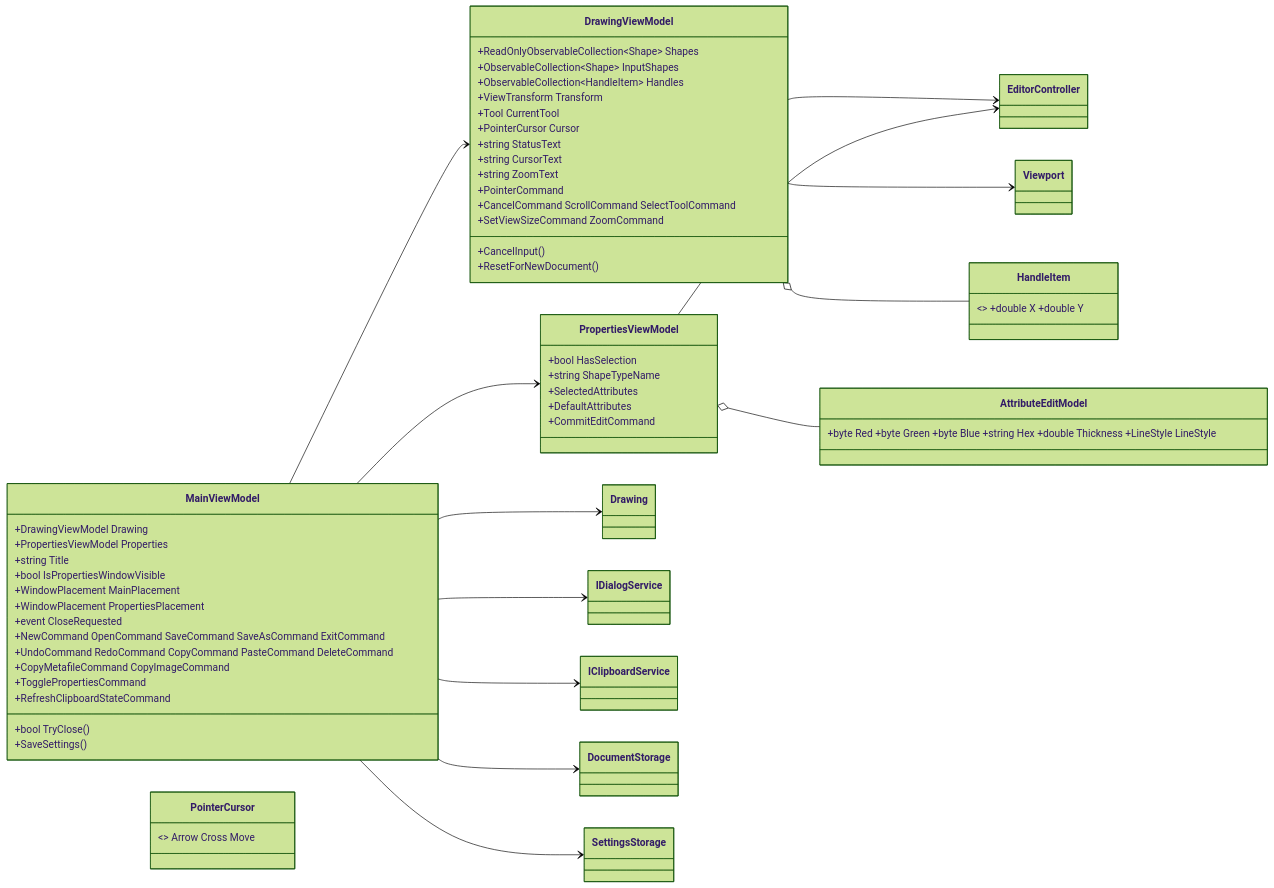
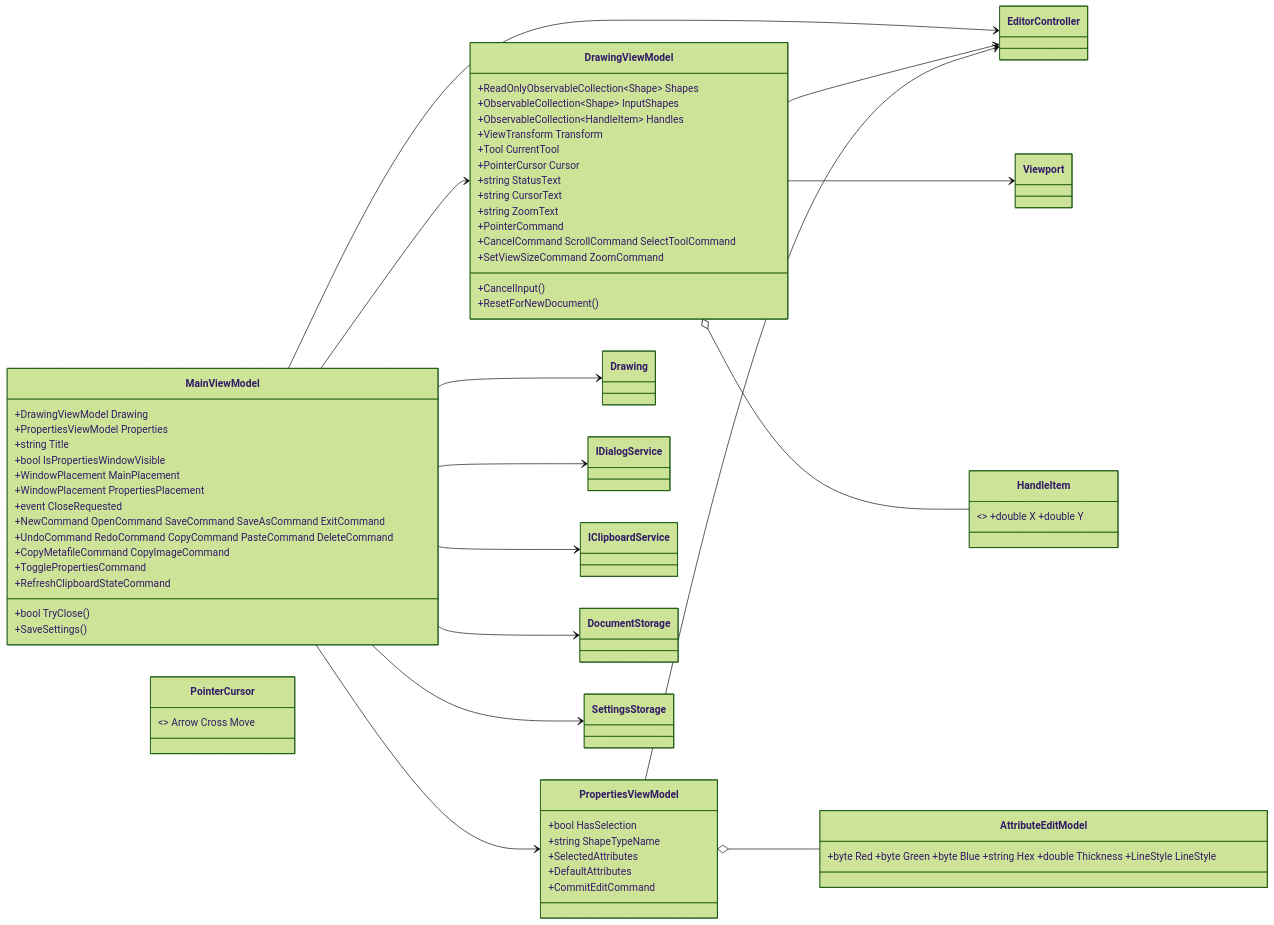
The fifth of 11 diagrams in Documents/20261105-cad-architecture.md (Fujiwo/Shos.WpfCadSample), drawn with Mermaid (forest theme) before and after one commit. The commit also changed other lines of this file and 17 other files, not shown here.

First line of the commit message:
レビューの指摘 3、6、8 を修正：選択中の図形を EditorController.SelectedShape に、プレビューの確定を Drawing.CommitPreview にまとめ、設計書 5.4 を実装に合わせる

````diff
--- a/Documents/20261105-cad-architecture.md
+++ b/Documents/20261105-cad-architecture.md
@@ -357,58 +361,59 @@
 ```mermaid
 classDiagram
     direction LR
     class MainViewModel {
         +DrawingViewModel Drawing
         +PropertiesViewModel Properties
         +string Title
         +bool IsPropertiesWindowVisible
         +WindowPlacement MainPlacement
         +WindowPlacement PropertiesPlacement
         +event CloseRequested
         +NewCommand OpenCommand SaveCommand SaveAsCommand ExitCommand
         +UndoCommand RedoCommand CopyCommand PasteCommand DeleteCommand
         +CopyMetafileCommand CopyImageCommand
         +TogglePropertiesCommand
         +RefreshClipboardStateCommand
         +bool TryClose()
         +SaveSettings()
     }
     class DrawingViewModel {
         +ReadOnlyObservableCollection~Shape~ Shapes
         +ObservableCollection~Shape~ InputShapes
         +ObservableCollection~HandleItem~ Handles
         +ViewTransform Transform
         +Tool CurrentTool
         +PointerCursor Cursor
         +string StatusText
         +string CursorText
         +string ZoomText
         +PointerCommand
         +CancelCommand ScrollCommand SelectToolCommand
         +SetViewSizeCommand ZoomCommand
         +CancelInput()
         +ResetForNewDocument()
     }
     class PropertiesViewModel {
         +bool HasSelection
         +string ShapeTypeName
         +SelectedAttributes
         +DefaultAttributes
         +CommitEditCommand
     }
     class HandleItem { <<record>> +double X +double Y }
     class PointerCursor { <<enum>> Arrow Cross Move }
     class AttributeEditModel { +byte Red +byte Green +byte Blue +string Hex +double Thickness +LineStyle LineStyle }
     MainViewModel --> DrawingViewModel
     MainViewModel --> PropertiesViewModel
+    MainViewModel --> EditorController
     MainViewModel --> Drawing
     MainViewModel --> IDialogService
     MainViewModel --> IClipboardService
     MainViewModel --> DocumentStorage
     MainViewModel --> SettingsStorage
     DrawingViewModel --> EditorController
     DrawingViewModel --> Viewport
     DrawingViewModel o-- HandleItem
     PropertiesViewModel --> EditorController
     PropertiesViewModel o-- AttributeEditModel
 ```
````
